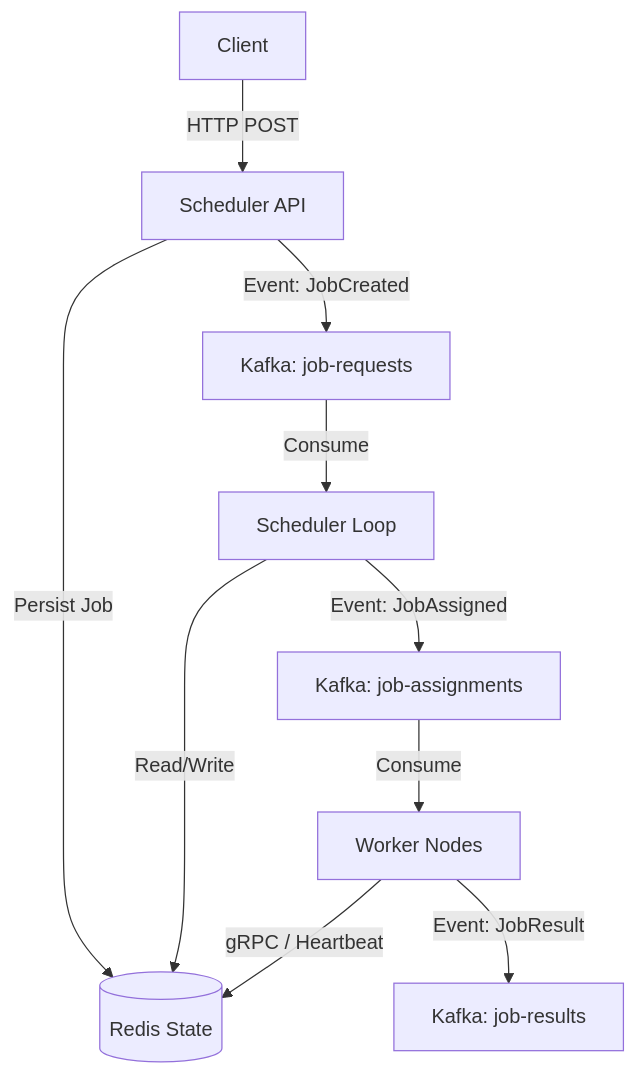
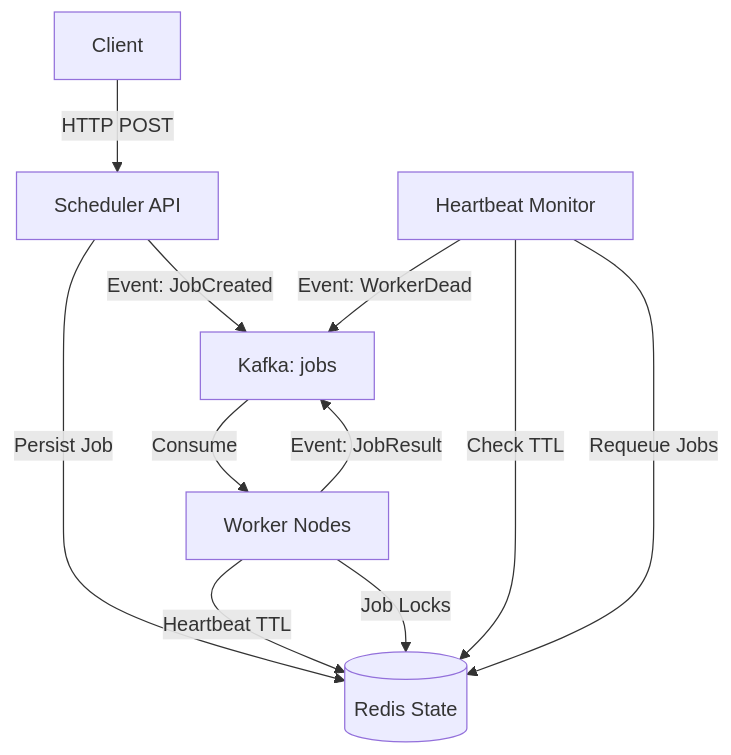
One commit to skandac/distributed-job-scheduler changed the diagram in README.md. Above: the diagram before and after it, drawn with Mermaid. The commit also changed other lines of this file and 25 other files, not shown here.

````diff
--- a/README.md
+++ b/README.md
@@ -31,14 +34,15 @@
 ```mermaid
 graph TD
     Client[Client] -->|HTTP POST| API[Scheduler API]
     API -->|Persist Job| Redis[(Redis State)]
-    API -->|Event: JobCreated| Kafka1[Kafka: job-requests]
-    
-    Kafka1 -->|Consume| Scheduler[Scheduler Loop]
-    Scheduler -->|Read/Write| Redis
-    Scheduler -->|Event: JobAssigned| Kafka2[Kafka: job-assignments]
-    
-    Kafka2 -->|Consume| Worker[Worker Nodes]
-    Worker -->|gRPC / Heartbeat| Redis
-    Worker -->|Event: JobResult| Kafka3[Kafka: job-results]
+    API -->|Event: JobCreated| Kafka1[Kafka: jobs]
+
+    Kafka1 -->|Consume| Worker[Worker Nodes]
+    Worker -->|Heartbeat TTL| Redis
+    Worker -->|Job Locks| Redis
+    Worker -->|Event: JobResult| Kafka1
+
+    Monitor[Heartbeat Monitor] -->|Check TTL| Redis
+    Monitor -->|Requeue Jobs| Redis
+    Monitor -->|Event: WorkerDead| Kafka1
 ```
````
